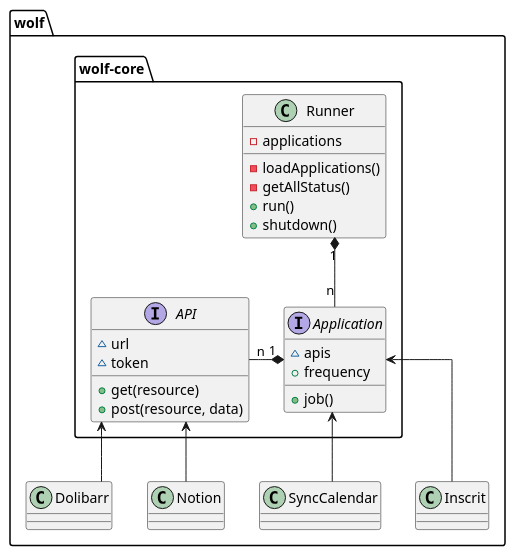
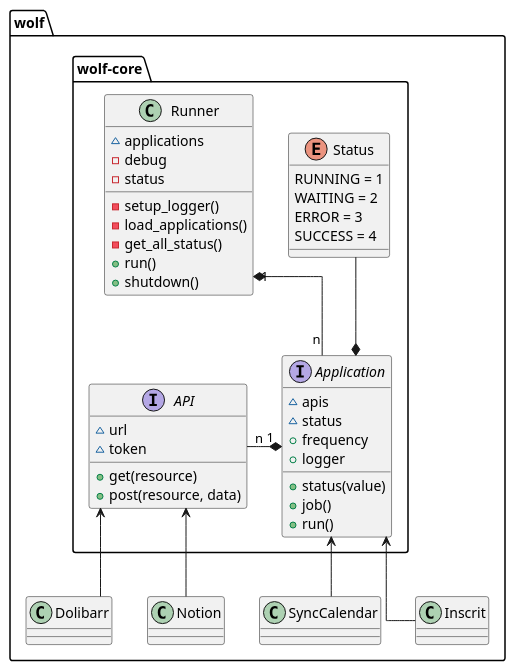
The diagram in concept.puml (sedelpeuch/wolf), drawn with PlantUML before and after one commit. The commit also changed 1 other file, not shown here.

Commit message:
feat(core): Update diagram class and .gitignore

```diff
--- a/concept.puml
+++ b/concept.puml
@@ -1,53 +1,68 @@
 @startuml
 'https://plantuml.com/class-diagram
 skinparam linetype ortho
 package wolf{
 package wolf-core{
 class Runner{
-- applications
-- loadApplications()
-- getAllStatus()
+~ applications
+- debug
+- status
+- setup_logger()
+- load_applications()
+- get_all_status()
 + run()
 + shutdown()
 }
 
 interface API{
 ~ url
 ~ token
 + get(resource)
 + post(resource, data)
 }
 
 interface Application{
 ~ apis
+~ status
 + frequency
++ logger
++ status(value)
 + job()
++ run()
 
+}
+
+enum Status{
+RUNNING = 1
+WAITING = 2
+ERROR = 3
+SUCCESS = 4
 }
 }
 
 class Dolibarr{
 
 }
 
 class Notion{
 
 }
 
 class SyncCalendar{
 
 }
 
 class Inscrit{
 
 }
 }
 
 Runner "1" *-- "n" Application
 Application "1" *-left- "n" API
 API <-- Dolibarr
 API <-- Notion
 Application <-- SyncCalendar
 Application <-- Inscrit
+Application *-up- Status
 
 @enduml
```
